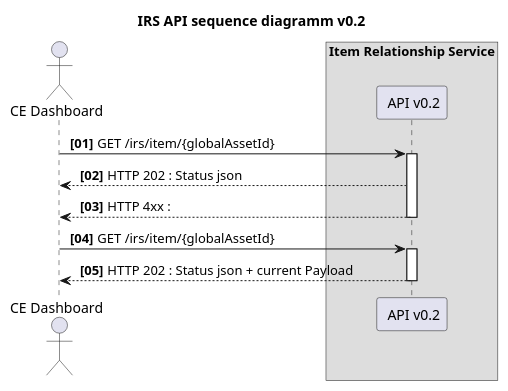
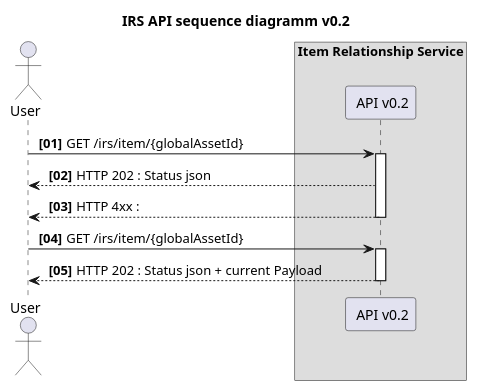
The diagram in docs/puml-diagrams/IRS-api.puml (zlalvani/product-item-relationship-service-frontend), drawn with PlantUML before and after one commit. The commit also changed 6 other files, not shown here.

Commit message:
docs: whitebox + graphs

```diff
--- a/docs/puml-diagrams/IRS-api.puml
+++ b/docs/puml-diagrams/IRS-api.puml
@@ -1,27 +1,27 @@
 @startuml 
 title IRS API sequence diagramm v0.2
 
-actor CE as "CE Dashboard"
+actor CE as "User"
 
 box Item Relationship Service
 participant IRS_API as " API v0.2"
 end box
 
 
 autonumber "<b> [00]"
 
 CE -> IRS_API: GET /irs/item/{globalAssetId}
 activate IRS_API
 
 IRS_API --> CE: HTTP 202 : Status json
 IRS_API --> CE: HTTP 4xx : 
 deactivate IRS_API
 
 
 CE -> IRS_API: GET /irs/item/{globalAssetId}
 activate IRS_API
 IRS_API --> CE: HTTP 202 : Status json + current Payload
 
 deactivate IRS_API
 
 @enduml
```
